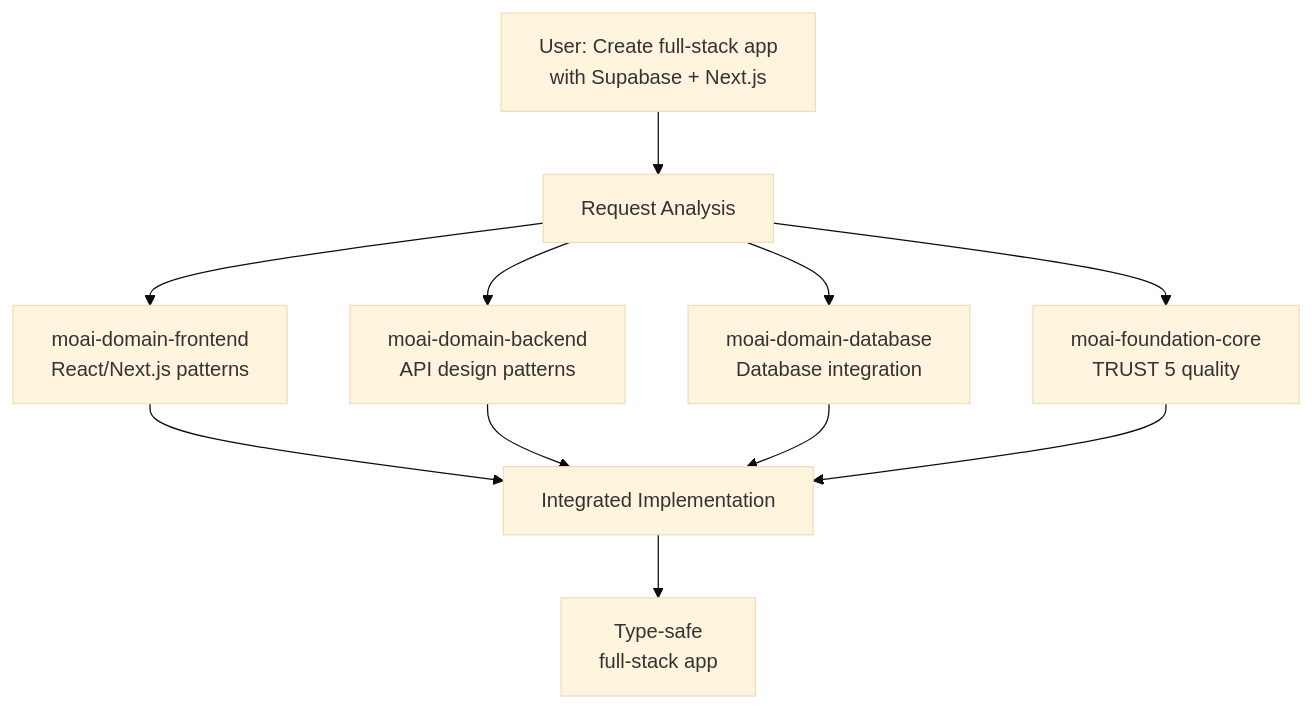
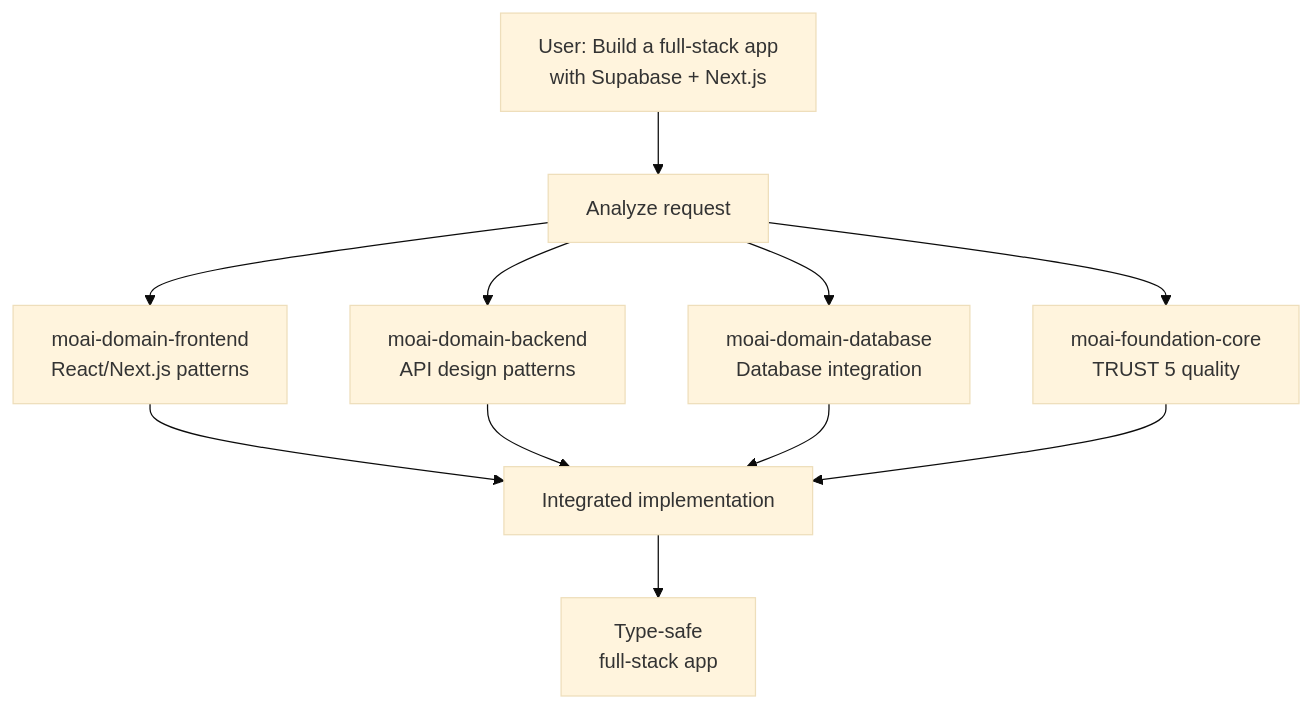
One commit to modu-ai/moai-adk changed the fourth of 4 diagrams in docs-site/content/en/advanced/skill-guide.md. Above: the diagram before and after it, drawn with Mermaid (base theme). The commit also changed other lines of this file and 395 other files, not shown here.

````diff
--- a/docs-site/content/en/advanced/skill-guide.md
+++ b/docs-site/content/en/advanced/skill-guide.md
@@ -305,16 +308,16 @@
 ```mermaid
 flowchart TD
-    REQ["User: Create full-stack app<br>with Supabase + Next.js"] --> ANALYZE[Request Analysis]
+    REQ["User: Build a full-stack app<br>with Supabase + Next.js"] --> ANALYZE[Analyze request]
 
     ANALYZE --> S1["moai-domain-frontend<br>React/Next.js patterns"]
     ANALYZE --> S2["moai-domain-backend<br>API design patterns"]
     ANALYZE --> S3["moai-domain-database<br>Database integration"]
     ANALYZE --> S4["moai-foundation-core<br>TRUST 5 quality"]
 
-    S1 --> IMPL[Integrated Implementation]
+    S1 --> IMPL[Integrated implementation]
     S2 --> IMPL
     S3 --> IMPL
     S4 --> IMPL
 
     IMPL --> RESULT["Type-safe<br>full-stack app"]
 ```
````
